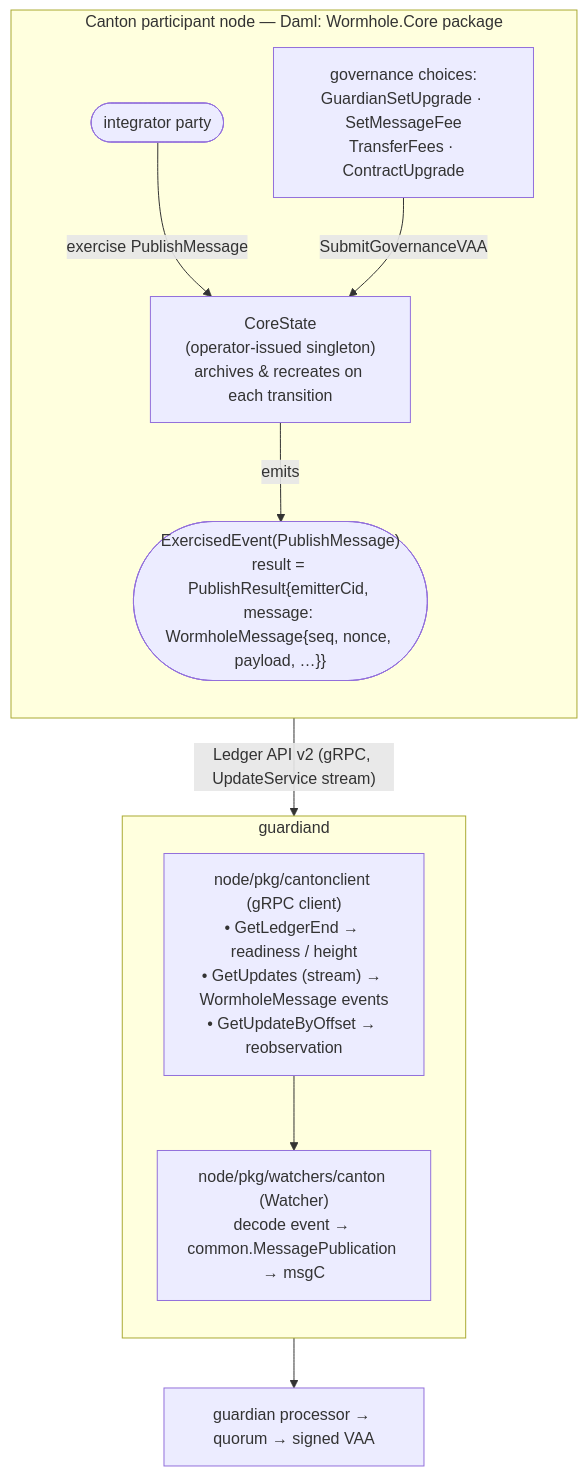
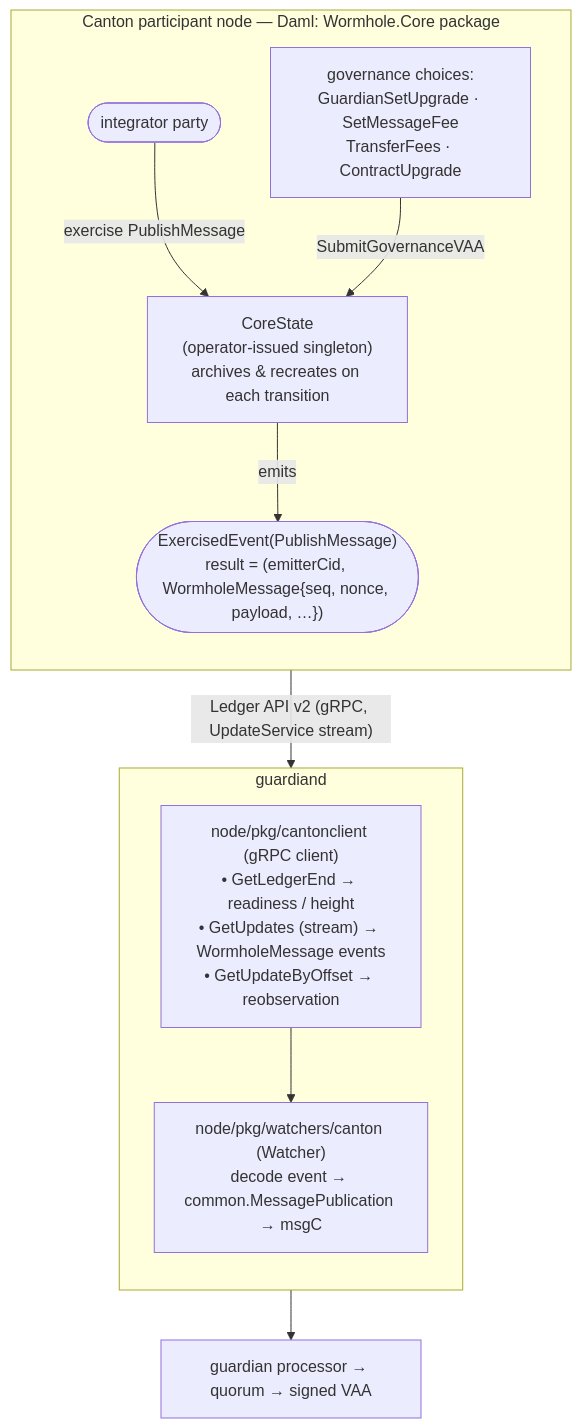
The first of 2 diagrams in canton/README.md (wormholelabs-xyz/wormhole), drawn with Mermaid before and after one commit. The commit also changed other lines of this file and 6 other files, not shown here.

Commit message:
canton: return a tuple from PublishMessage instead of a wrapper record

````diff
--- a/canton/README.md
+++ b/canton/README.md
@@ -95,23 +95,23 @@
 ```mermaid
 flowchart TD
     subgraph canton["Canton participant node — Daml: Wormhole.Core package"]
         direction TB
         integrator(["integrator party"])
         core["CoreState<br/>(operator-issued singleton)<br/>archives &amp; recreates on each transition"]
         gov["governance choices:<br/>GuardianSetUpgrade · SetMessageFee<br/>TransferFees · ContractUpgrade"]
-        evt(["ExercisedEvent(PublishMessage)<br/>result = PublishResult{emitterCid, message: WormholeMessage{seq, nonce, payload, …}}"])
+        evt(["ExercisedEvent(PublishMessage)<br/>result = (emitterCid, WormholeMessage{seq, nonce, payload, …})"])
         integrator -- "exercise PublishMessage" --> core
         gov -- "SubmitGovernanceVAA" --> core
         core -- emits --> evt
     end
 
     subgraph gd["guardiand"]
         direction TB
         client["node/pkg/cantonclient (gRPC client)<br/>• GetLedgerEnd → readiness / height<br/>• GetUpdates (stream) → WormholeMessage events<br/>• GetUpdateByOffset → reobservation"]
         watcher["node/pkg/watchers/canton (Watcher)<br/>decode event → common.MessagePublication → msgC"]
         client --> watcher
     end
 
     evt -- "Ledger API v2 (gRPC, UpdateService stream)" --> client
     watcher --> proc["guardian processor → quorum → signed VAA"]
 ```
````
